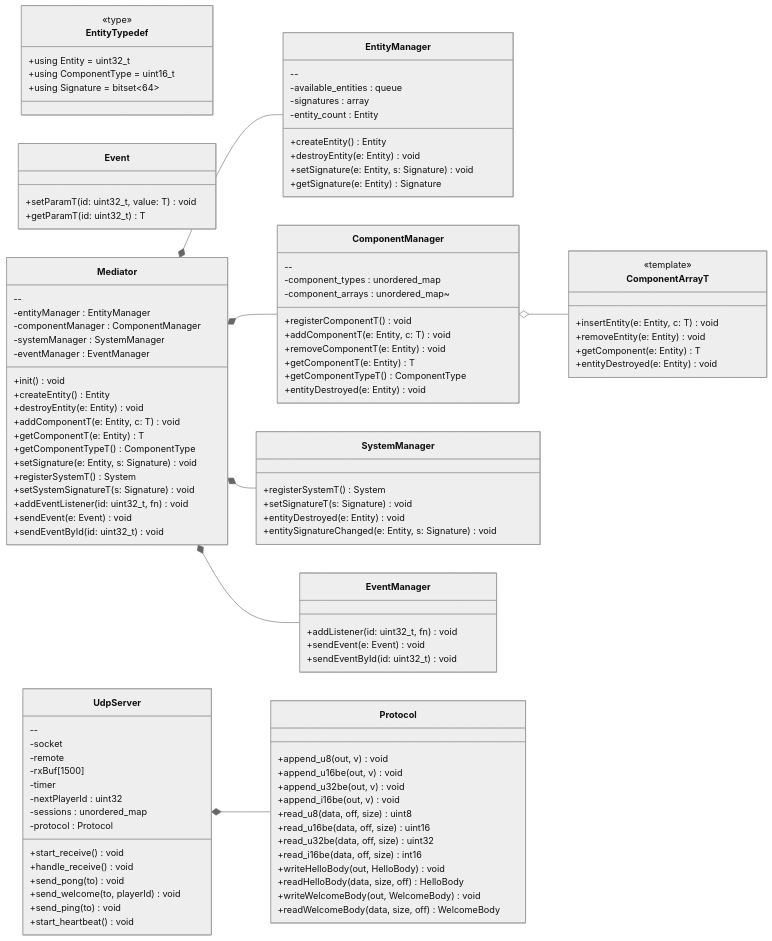
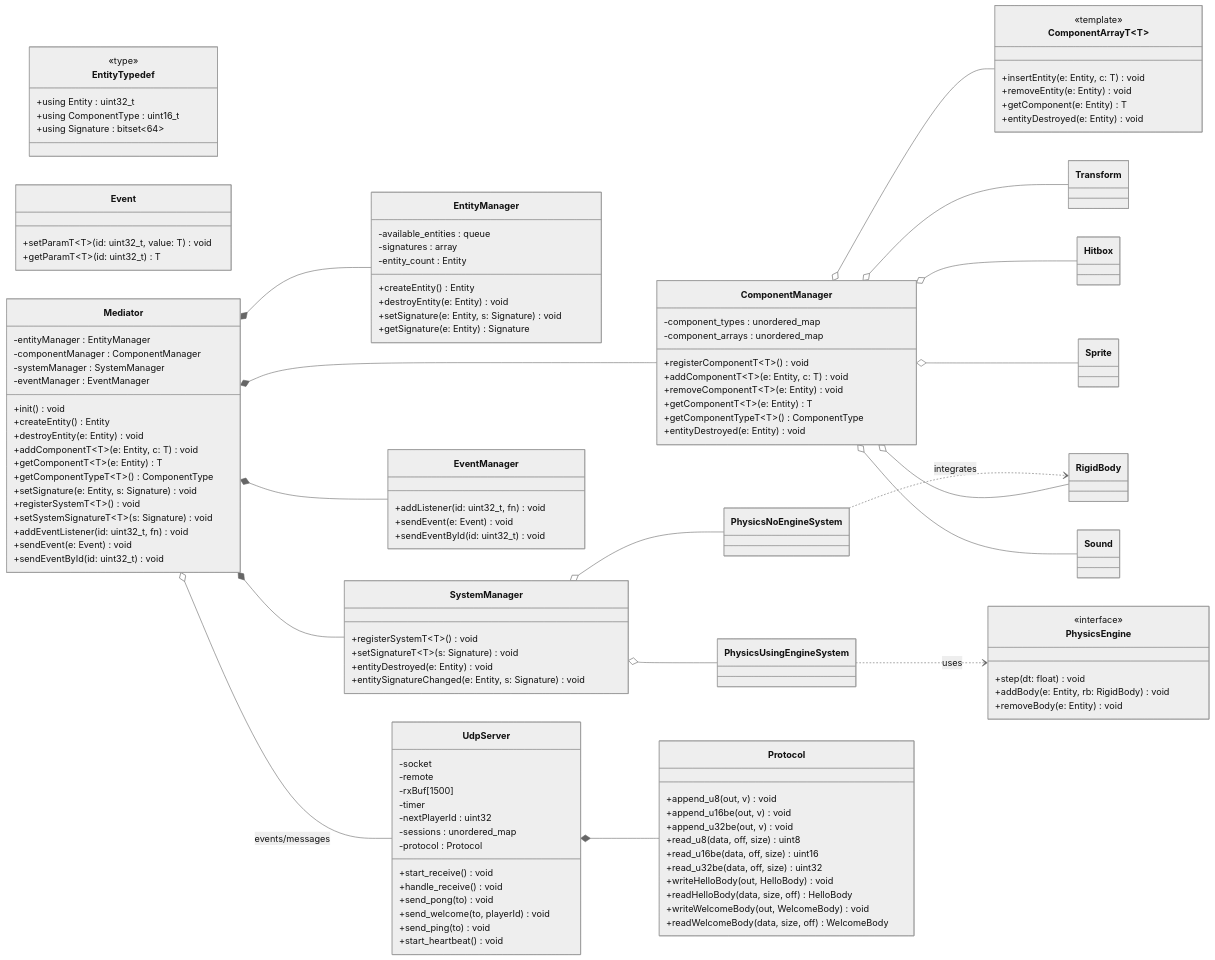
Before and after one commit to Jeami-s-Orga-Tek/R-TYPE: the diagram in README.md, drawn with Mermaid (neutral theme).

Commit message:
[UPD] updated Mermaid Graph

````diff
--- a/README.md
+++ b/README.md
@@ -142,119 +142,151 @@
 ```mermaid
 classDiagram
 direction LR
-    class EntityTypedef {
-	    +using Entity = uint32_t
-	    +using ComponentType = uint16_t
-	    +using Signature = bitset~64~
-    }
+class EntityTypedef {
+    +using Entity : uint32_t
+    +using ComponentType : uint16_t
+    +using Signature : bitset~64~
+}
 
-    class EntityManager {
-	    --
-	    -available_entities : queue
-	    -signatures : array
-	    -entity_count : Entity
-	    +createEntity() Entity
-	    +destroyEntity(e: Entity) void
-	    +setSignature(e: Entity, s: Signature) void
-	    +getSignature(e: Entity) Signature
-    }
+class EntityManager {
+    -available_entities : queue
+    -signatures : array
+    -entity_count : Entity
+    +createEntity() Entity
+    +destroyEntity(e: Entity) void
+    +setSignature(e: Entity, s: Signature) void
+    +getSignature(e: Entity) Signature
+}
 
-    class ComponentArrayT {
-	    +insertEntity(e: Entity, c: T) void
-	    +removeEntity(e: Entity) void
-	    +getComponent(e: Entity) T
-	    +entityDestroyed(e: Entity) void
-    }
+class ComponentArrayT~T~ {
+    +insertEntity(e: Entity, c: T) void
+    +removeEntity(e: Entity) void
+    +getComponent(e: Entity) T
+    +entityDestroyed(e: Entity) void
+}
 
-    class ComponentManager {
-	    --
-	    -component_types : unordered_map
-	    -component_arrays : unordered_map~
-	    +registerComponentT() void
-	    +addComponentT(e: Entity, c: T) void
-	    +removeComponentT(e: Entity) void
-	    +getComponentT(e: Entity) T
-	    +getComponentTypeT() ComponentType
-	    +entityDestroyed(e: Entity) void
-    }
+class ComponentManager {
+    -component_types : unordered_map
+    -component_arrays : unordered_map
+    +registerComponentT~T~() void
+    +addComponentT~T~(e: Entity, c: T) void
+    +removeComponentT~T~(e: Entity) void
+    +getComponentT~T~(e: Entity) T
+    +getComponentTypeT~T~() ComponentType
+    +entityDestroyed(e: Entity) void
+}
 
-    class SystemManager {
-	    +registerSystemT() System
-	    +setSignatureT(s: Signature) void
-	    +entityDestroyed(e: Entity) void
-	    +entitySignatureChanged(e: Entity, s: Signature) void
-    }
+class SystemManager {
+    +registerSystemT~T~() void
+    +setSignatureT~T~(s: Signature) void
+    +entityDestroyed(e: Entity) void
+    +entitySignatureChanged(e: Entity, s: Signature) void
+}
 
-    class Event {
-	    +setParamT(id: uint32_t, value: T) void
-	    +getParamT(id: uint32_t) T
-    }
+class Event {
+    +setParamT~T~(id: uint32_t, value: T) void
+    +getParamT~T~(id: uint32_t) T
+}
 
-    class EventManager {
-	    +addListener(id: uint32_t, fn) void
-	    +sendEvent(e: Event) void
-	    +sendEventById(id: uint32_t) void
-    }
+class EventManager {
+    +addListener(id: uint32_t, fn) void
+    +sendEvent(e: Event) void
+    +sendEventById(id: uint32_t) void
+}
 
-    class Mediator {
-	    --
-	    -entityManager : EntityManager
-	    -componentManager : ComponentManager
-	    -systemManager : SystemManager
-	    -eventManager : EventManager
-	    +init() void
-	    +createEntity() Entity
-	    +destroyEntity(e: Entity) void
-	    +addComponentT(e: Entity, c: T) void
-	    +getComponentT(e: Entity) T
-	    +getComponentTypeT() ComponentType
-	    +setSignature(e: Entity, s: Signature) void
-	    +registerSystemT() System
-	    +setSystemSignatureT(s: Signature) void
-	    +addEventListener(id: uint32_t, fn) void
-	    +sendEvent(e: Event) void
-	    +sendEventById(id: uint32_t) void
-    }
+class Mediator {
+    -entityManager : EntityManager
+    -componentManager : ComponentManager
+    -systemManager : SystemManager
+    -eventManager : EventManager
+    +init() void
+    +createEntity() Entity
+    +destroyEntity(e: Entity) void
+    +addComponentT~T~(e: Entity, c: T) void
+    +getComponentT~T~(e: Entity) T
+    +getComponentTypeT~T~() ComponentType
+    +setSignature(e: Entity, s: Signature) void
+    +registerSystemT~T~() void
+    +setSystemSignatureT~T~(s: Signature) void
+    +addEventListener(id: uint32_t, fn) void
+    +sendEvent(e: Event) void
+    +sendEventById(id: uint32_t) void
+}
 
-    class Protocol {
-	    +append_u8(out, v) void
-	    +append_u16be(out, v) void
-	    +append_u32be(out, v) void
-	    +append_i16be(out, v) void
-	    +read_u8(data, off, size) uint8
-	    +read_u16be(data, off, size) uint16
-	    +read_u32be(data, off, size) uint32
-	    +read_i16be(data, off, size) int16
-	    +writeHelloBody(out, HelloBody) void
-	    +readHelloBody(data, size, off) HelloBody
-	    +writeWelcomeBody(out, WelcomeBody) void
-	    +readWelcomeBody(data, size, off) WelcomeBody
-    }
+class Transform {
+}
 
-    class UdpServer {
-	    --
-	    -socket
-	    -remote
-	    -rxBuf[1500]
-	    -timer
-	    -nextPlayerId : uint32
-	    -sessions : unordered_map
-	    -protocol : Protocol
-	    +start_receive() void
-	    +handle_receive() void
-	    +send_pong(to) void
-	    +send_welcome(to, playerId) void
-	    +send_ping(to) void
-	    +start_heartbeat() void
-    }
+class RigidBody {
+}
 
-	<<type>> EntityTypedef
-	<<template>> ComponentArrayT
+class Hitbox {
+}
 
-    Mediator *-- EntityManager
-    Mediator *-- ComponentManager
-    Mediator *-- SystemManager
-    Mediator *-- EventManager
-    ComponentManager o-- ComponentArrayT
-    UdpServer *-- Protocol
+class Sprite {
+}
+
+class Sound {
+}
+
+class PhysicsEngine {
+    +step(dt: float) void
+    +addBody(e: Entity, rb: RigidBody) void
+    +removeBody(e: Entity) void
+}
+
+class PhysicsUsingEngineSystem {
+}
+
+class PhysicsNoEngineSystem {
+}
+
+class Protocol {
+    +append_u8(out, v) void
+    +append_u16be(out, v) void
+    +append_u32be(out, v) void
+    +read_u8(data, off, size) uint8
+    +read_u16be(data, off, size) uint16
+    +read_u32be(data, off, size) uint32
+    +writeHelloBody(out, HelloBody) void
+    +readHelloBody(data, size, off) HelloBody
+    +writeWelcomeBody(out, WelcomeBody) void
+    +readWelcomeBody(data, size, off) WelcomeBody
+}
+
+class UdpServer {
+    -socket
+    -remote
+    -rxBuf[1500]
+    -timer
+    -nextPlayerId : uint32
+    -sessions : unordered_map
+    -protocol : Protocol
+    +start_receive() void
+    +handle_receive() void
+    +send_pong(to) void
+    +send_welcome(to, playerId) void
+    +send_ping(to) void
+    +start_heartbeat() void
+}
+
+<<type>> EntityTypedef
+<<template>> ComponentArrayT
+<<interface>> PhysicsEngine
+
+Mediator *-- EntityManager
+Mediator *-- ComponentManager
+Mediator *-- SystemManager
+Mediator *-- EventManager
+ComponentManager o-- ComponentArrayT
+ComponentManager o-- Transform
+ComponentManager o-- RigidBody
+ComponentManager o-- Hitbox
+ComponentManager o-- Sprite
+ComponentManager o-- Sound
+SystemManager o-- PhysicsUsingEngineSystem
+SystemManager o-- PhysicsNoEngineSystem
+PhysicsUsingEngineSystem ..> PhysicsEngine : uses
+PhysicsNoEngineSystem ..> RigidBody : integrates
+UdpServer *-- Protocol
+Mediator o-- UdpServer : events/messages
 ```
````
